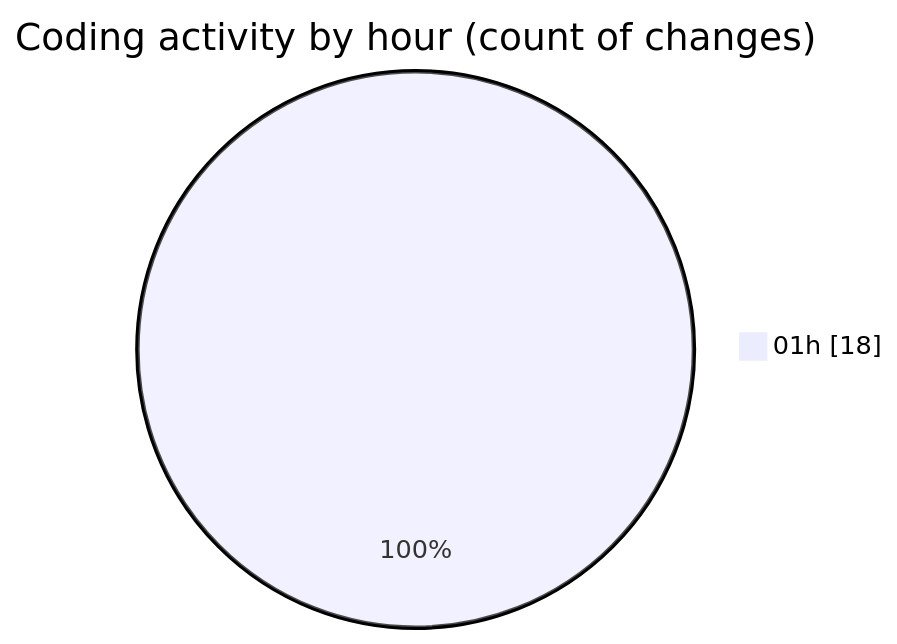
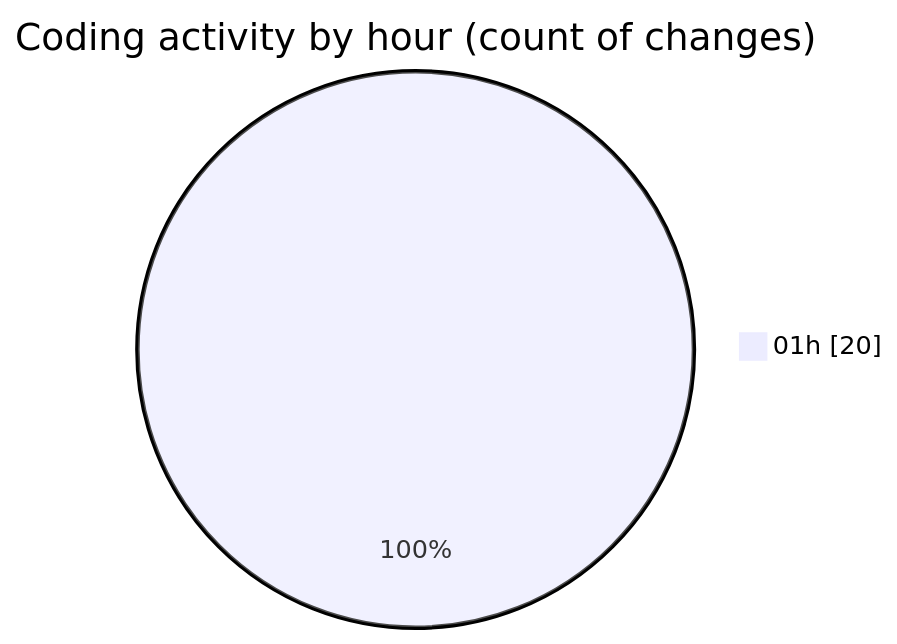
Before and after one commit to lephambinh05/code-tracking: the second of 2 diagrams in 2025-09-17/quytuthien_vn/README.md, drawn with Mermaid. The commit also changed other lines of this file and 1 other file, not shown here.

````diff
--- a/2025-09-17/quytuthien_vn/README.md
+++ b/2025-09-17/quytuthien_vn/README.md
@@ -41,5 +41,5 @@
 ```mermaid
 pie showData
 title Coding activity by hour (count of changes)
-"01h" : 18
+"01h" : 20
 ```
````
